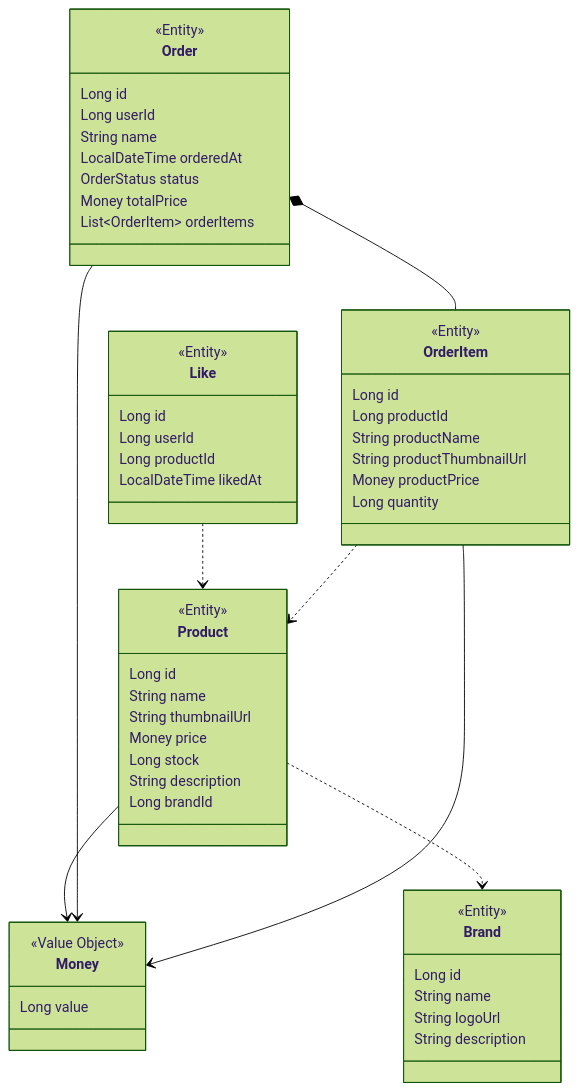
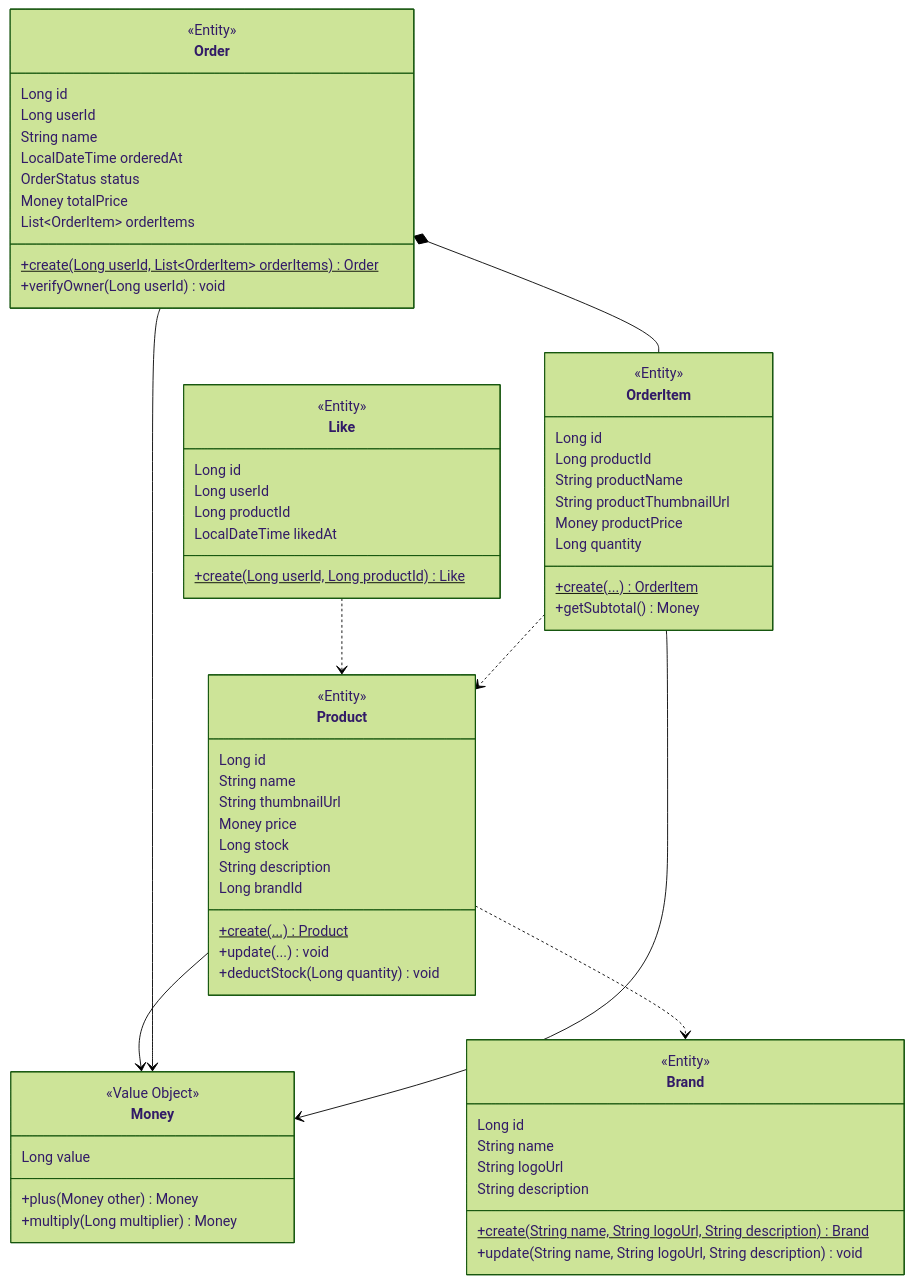
One commit to Loopers-dev-lab/loop-pack-be-l2-vol3-java changed the diagram in .docs/design/03-class-diagram.md. Above: the diagram before and after it, drawn with Mermaid (forest theme). The commit also changed other lines of this file, not shown here.

Commit message:
docs: 도메인 클래스 다이어그램에 엔티티 메서드 추가

```diff
--- a/.docs/design/03-class-diagram.md
+++ b/.docs/design/03-class-diagram.md
@@ -40,6 +40,8 @@
     class Money {
         <<Value Object>>
         Long value
+        +plus(Money other) Money
+        +multiply(Long multiplier) Money
     }
 
     %% ── Brand ──
@@ -49,6 +51,8 @@
         String name
         String logoUrl
         String description
+        +create(String name, String logoUrl, String description)$ Brand
+        +update(String name, String logoUrl, String description) void
     }
 
     %% ── Product ──
@@ -61,6 +65,9 @@
         Long stock
         String description
         Long brandId
+        +create(...)$ Product
+        +update(...) void
+        +deductStock(Long quantity) void
     }
 
     %% ── Like ──
@@ -70,6 +77,7 @@
         Long userId
         Long productId
         LocalDateTime likedAt
+        +create(Long userId, Long productId)$ Like
     }
 
     %% ── Order ──
@@ -82,6 +90,8 @@
         OrderStatus status
         Money totalPrice
         List~OrderItem~ orderItems
+        +create(Long userId, List~OrderItem~ orderItems)$ Order
+        +verifyOwner(Long userId) void
     }
 
     class OrderItem {
@@ -92,6 +102,8 @@
         String productThumbnailUrl
         Money productPrice
         Long quantity
+        +create(...)$ OrderItem
+        +getSubtotal() Money
     }
 
     %% ── Product 관계 ──
```
